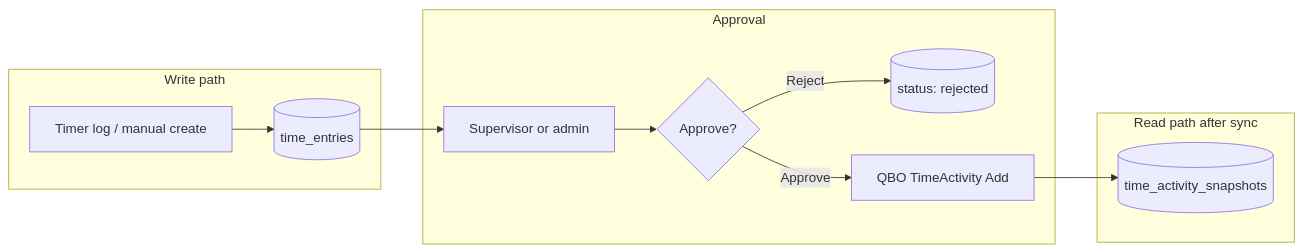
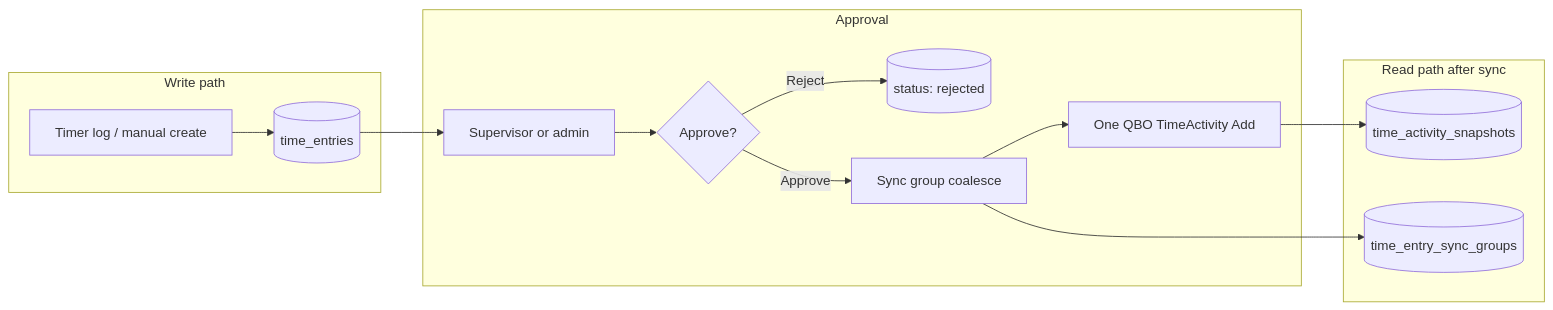
One commit to lucrousseau/ellr-qbo-timesheet changed the diagram in docs/time-entry-approval.md. Above: the diagram before and after it, drawn with Mermaid. The commit also changed other lines of this file and 45 other files, not shown here.

First line of the commit message:
Group approved time entries into one QuickBooks TimeActivity.

````diff
--- a/docs/time-entry-approval.md
+++ b/docs/time-entry-approval.md
@@ -7,21 +7,23 @@
 ```mermaid
 flowchart LR
   subgraph writePath [Write path]
     Timer[Timer log / manual create]
     Local[(time_entries)]
     Timer --> Local
   end
 
   subgraph approval [Approval]
     Supervisor[Supervisor or admin]
     Review{Approve?}
     Local --> Supervisor
     Supervisor --> Review
     Review -->|Reject| Rejected[(status: rejected)]
-    Review -->|Approve| QBO[QBO TimeActivity Add]
+    Review -->|Approve| Group[Sync group coalesce]
+    Group --> QBO[One QBO TimeActivity Add]
   end
 
   subgraph readPath [Read path after sync]
     QBO --> Snapshots[(time_activity_snapshots)]
+    Group --> Groups[(time_entry_sync_groups)]
   end
 ```
````
